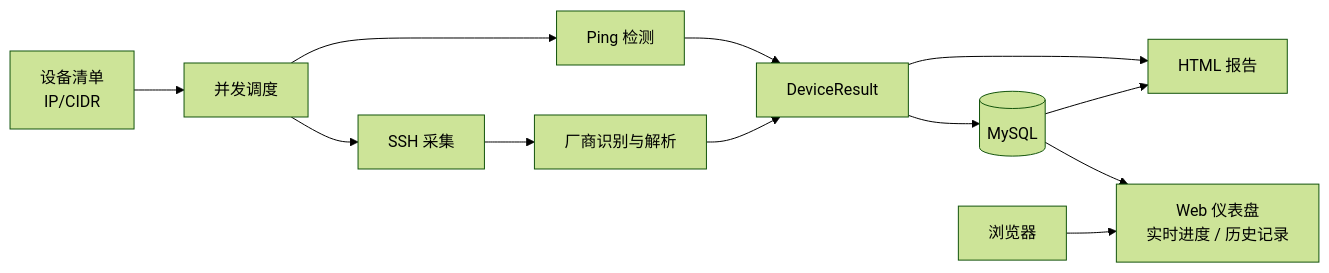
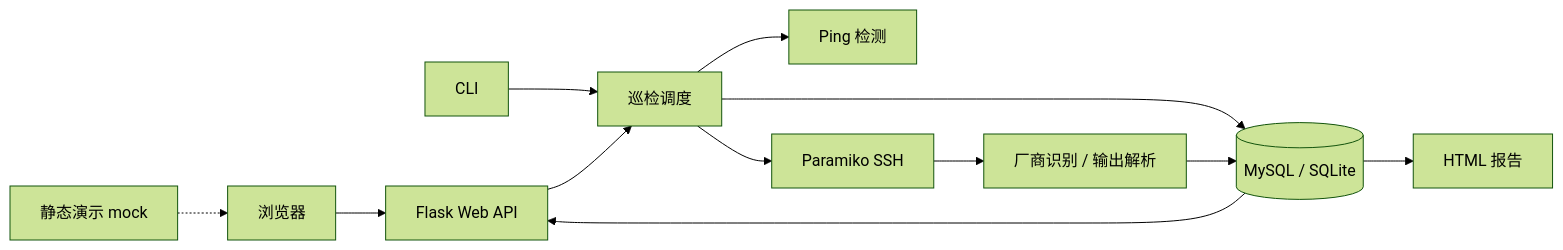
One commit to ibi6/netinspect changed the diagram in README.md. Above: the diagram before and after it, drawn with Mermaid (forest theme). The commit also changed other lines of this file and 8 other files, not shown here.

````diff
--- a/README.md
+++ b/README.md
@@ -56,14 +88,14 @@
 ```mermaid
 flowchart LR
-    A[设备清单<br/>IP/CIDR] --> B[并发调度]
-    B --> C[Ping 检测]
-    B --> D[SSH 采集]
-    D --> E[厂商识别与解析]
-    C --> F[DeviceResult]
-    E --> F
-    F --> G[(MySQL)]
-    F --> H[HTML 报告]
-    G --> H
-    G --> I[Web 仪表盘<br/>实时进度 / 历史记录]
-    J[浏览器] --> I
+    U[浏览器] --> W[Flask Web API]
+    C[CLI] --> S[巡检调度]
+    W --> S
+    S --> P[Ping 检测]
+    S --> H[Paramiko SSH]
+    H --> R[厂商识别 / 输出解析]
+    S --> D[(MySQL / SQLite)]
+    D --> W
+    D --> T[HTML 报告]
+    R --> D
+    M[静态演示 mock] -.-> U
 ```
````
